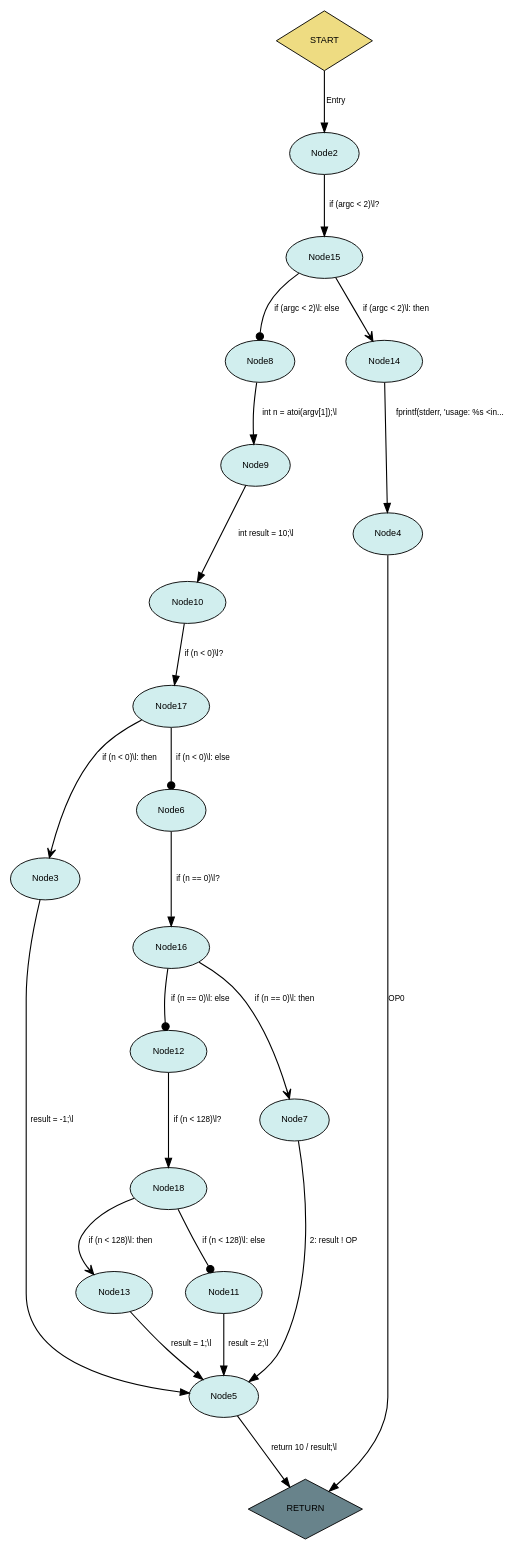
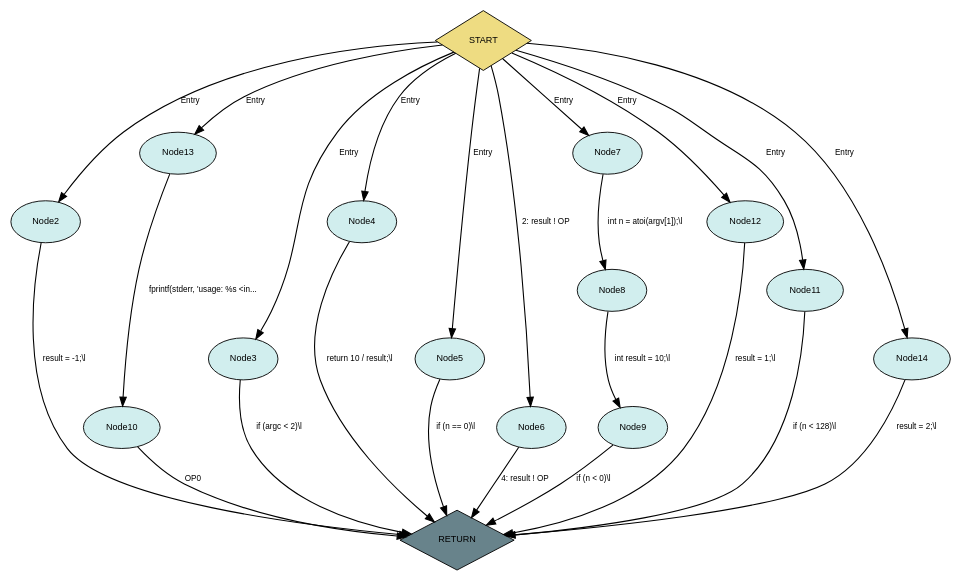
One commit to FelicitasGarcia/MimicryMonitor changed the diagram in exampleFiles/dots/llvmBasedResults/OP_CFG_DOT.dot. Above: the diagram before and after it, drawn with Graphviz. The commit also changed 65 other files, not shown here.

```diff
--- a/exampleFiles/dots/llvmBasedResults/OP_CFG_DOT.dot
+++ b/exampleFiles/dots/llvmBasedResults/OP_CFG_DOT.dot
@@ -1,51 +1,48 @@
 digraph CFG {
   rankdir=TB; // Top to bottom layout
   rank=min;
   nodesep=0.5; // Increase node separation
   ranksep=0.8; // Increase rank separation
 edge [curvature=0.3];  node [fontname="Helvetica", fontsize=10];
   edge [fontname="Helvetica", fontsize=9];
 
-  4 [label="Node4", style=filled, fillcolor="lightcyan2", shape=ellipse, margin="0.15,0.15"];
-  0 [label="START", style=filled, fillcolor="lightgoldenrod2", shape=diamond, margin="0.15,0.15"];
   1 [label="RETURN", style=filled, fillcolor="lightblue4", shape=diamond, margin="0.15,0.15"];
   2 [label="Node2", style=filled, fillcolor="lightcyan2", shape=ellipse, margin="0.15,0.15"];
-  12 [label="Node12", style=filled, fillcolor="lightcyan2", shape=ellipse, margin="0.15,0.15"];
-  16 [label="Node16", style=filled, fillcolor="lightcyan2", shape=ellipse, margin="0.15,0.15"];
+  0 [label="START", style=filled, fillcolor="lightgoldenrod2", shape=diamond, margin="0.15,0.15"];
+  13 [label="Node13", style=filled, fillcolor="lightcyan2", shape=ellipse, margin="0.15,0.15"];
   3 [label="Node3", style=filled, fillcolor="lightcyan2", shape=ellipse, margin="0.15,0.15"];
+  4 [label="Node4", style=filled, fillcolor="lightcyan2", shape=ellipse, margin="0.15,0.15"];
   5 [label="Node5", style=filled, fillcolor="lightcyan2", shape=ellipse, margin="0.15,0.15"];
   6 [label="Node6", style=filled, fillcolor="lightcyan2", shape=ellipse, margin="0.15,0.15"];
-  13 [label="Node13", style=filled, fillcolor="lightcyan2", shape=ellipse, margin="0.15,0.15"];
   7 [label="Node7", style=filled, fillcolor="lightcyan2", shape=ellipse, margin="0.15,0.15"];
-  18 [label="Node18", style=filled, fillcolor="lightcyan2", shape=ellipse, margin="0.15,0.15"];
-  15 [label="Node15", style=filled, fillcolor="lightcyan2", shape=ellipse, margin="0.15,0.15"];
   8 [label="Node8", style=filled, fillcolor="lightcyan2", shape=ellipse, margin="0.15,0.15"];
+  12 [label="Node12", style=filled, fillcolor="lightcyan2", shape=ellipse, margin="0.15,0.15"];
   9 [label="Node9", style=filled, fillcolor="lightcyan2", shape=ellipse, margin="0.15,0.15"];
   11 [label="Node11", style=filled, fillcolor="lightcyan2", shape=ellipse, margin="0.15,0.15"];
+  14 [label="Node14", style=filled, fillcolor="lightcyan2", shape=ellipse, margin="0.15,0.15"];
   10 [label="Node10", style=filled, fillcolor="lightcyan2", shape=ellipse, margin="0.15,0.15"];
-  14 [label="Node14", style=filled, fillcolor="lightcyan2", shape=ellipse, margin="0.15,0.15"];
-  17 [label="Node17", style=filled, fillcolor="lightcyan2", shape=ellipse, margin="0.15,0.15"];
 
-  0 -> 2 [label="Entry", id=10, arrowhead=normal, penwidth=1.2];
-  2 -> 15 [label="if (argc \< 2)\\l?", id=10, arrowhead=normal, penwidth=1.2];
-  15 -> 14 [label="if (argc \< 2)\\l: then", id=10, arrowhead=vee, penwidth=1.2];
-  15 -> 8 [label="if (argc \< 2)\\l: else", id=10, arrowhead=dot, penwidth=1.2];
-  14 -> 4 [label="fprintf(stderr, 'usage: %s \<in...", id=12, arrowhead=normal, penwidth=1.2];
-  4 -> 1 [label="OP0", id=13, arrowhead=normal, penwidth=1.2];
-  8 -> 9 [label="int n = atoi(argv[1]);\\l", id=15, arrowhead=normal, penwidth=1.2];
-  9 -> 10 [label="int result = 10;\\l", id=16, arrowhead=normal, penwidth=1.2];
-  10 -> 17 [label="if (n \< 0)\\l?", id=17, arrowhead=normal, penwidth=1.2];
-  17 -> 3 [label="if (n \< 0)\\l: then", id=17, arrowhead=vee, penwidth=1.2];
-  17 -> 6 [label="if (n \< 0)\\l: else", id=17, arrowhead=dot, penwidth=1.2];
-  3 -> 5 [label="result = -1;\\l", id=18, arrowhead=normal, penwidth=1.2];
-  6 -> 16 [label="if (n == 0)\\l?", id=19, arrowhead=normal, penwidth=1.2];
-  16 -> 7 [label="if (n == 0)\\l: then", id=19, arrowhead=vee, penwidth=1.2];
-  16 -> 12 [label="if (n == 0)\\l: else", id=19, arrowhead=dot, penwidth=1.2];
-  7 -> 5 [label="2: result ! OP", id=20, arrowhead=normal, penwidth=1.2];
-  12 -> 18 [label="if (n \< 128)\\l?", id=21, arrowhead=normal, penwidth=1.2];
-  18 -> 13 [label="if (n \< 128)\\l: then", id=21, arrowhead=vee, penwidth=1.2];
-  18 -> 11 [label="if (n \< 128)\\l: else", id=21, arrowhead=dot, penwidth=1.2];
-  13 -> 5 [label="result = 1;\\l", id=22, arrowhead=normal, penwidth=1.2];
-  11 -> 5 [label="result = 2;\\l", id=24, arrowhead=normal, penwidth=1.2];
-  5 -> 1 [label="return 10 / result;\\l", id=25, arrowhead=normal, penwidth=1.2];
+  0 -> 3 [label="Entry", id=10, arrowhead=normal, penwidth=1.2];
+  3 -> 1 [label="if (argc \< 2)\\l", id=10, arrowhead=normal, penwidth=1.2];
+  0 -> 13 [label="Entry", id=12, arrowhead=normal, penwidth=1.2];
+  13 -> 10 [label="fprintf(stderr, 'usage: %s \<in...", id=12, arrowhead=normal, penwidth=1.2];
+  10 -> 1 [label="OP0", id=13, arrowhead=normal, penwidth=1.2];
+  0 -> 7 [label="Entry", id=15, arrowhead=normal, penwidth=1.2];
+  7 -> 8 [label="int n = atoi(argv[1]);\\l", id=15, arrowhead=normal, penwidth=1.2];
+  8 -> 9 [label="int result = 10;\\l", id=16, arrowhead=normal, penwidth=1.2];
+  9 -> 1 [label="if (n \< 0)\\l", id=17, arrowhead=normal, penwidth=1.2];
+  0 -> 2 [label="Entry", id=18, arrowhead=normal, penwidth=1.2];
+  2 -> 1 [label="result = -1;\\l", id=18, arrowhead=normal, penwidth=1.2];
+  0 -> 5 [label="Entry", id=19, arrowhead=normal, penwidth=1.2];
+  5 -> 1 [label="if (n == 0)\\l", id=19, arrowhead=normal, penwidth=1.2];
+  0 -> 6 [label="2: result ! OP", id=20, arrowhead=normal, penwidth=1.2];
+  6 -> 1 [label="4: result ! OP", id=20, arrowhead=normal, penwidth=1.2];
+  0 -> 11 [label="Entry", id=21, arrowhead=normal, penwidth=1.2];
+  11 -> 1 [label="if (n \< 128)\\l", id=21, arrowhead=normal, penwidth=1.2];
+  0 -> 12 [label="Entry", id=22, arrowhead=normal, penwidth=1.2];
+  12 -> 1 [label="result = 1;\\l", id=22, arrowhead=normal, penwidth=1.2];
+  0 -> 14 [label="Entry", id=24, arrowhead=normal, penwidth=1.2];
+  14 -> 1 [label="result = 2;\\l", id=24, arrowhead=normal, penwidth=1.2];
+  0 -> 4 [label="Entry", id=25, arrowhead=normal, penwidth=1.2];
+  4 -> 1 [label="return 10 / result;\\l", id=25, arrowhead=normal, penwidth=1.2];
 }
```
